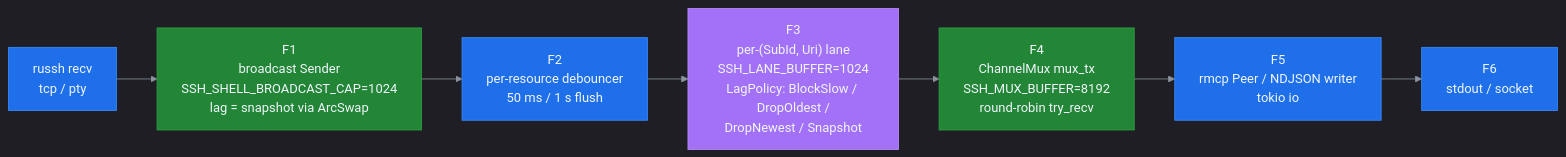
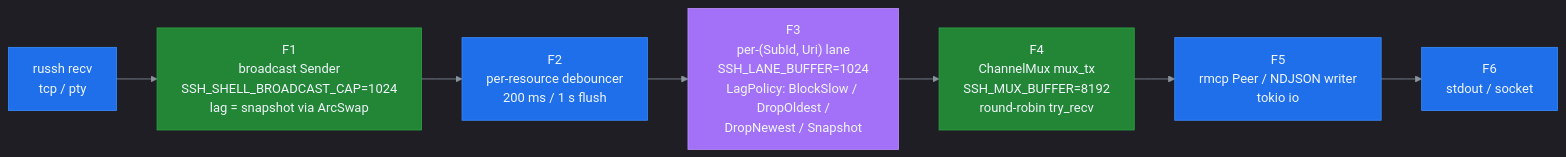
The third of 10 diagrams in docs/DEVELOPMENT.md (farchanjo/ssh-mcp), drawn with Mermaid before and after one commit. The commit also changed 12 other files, not shown here.

````diff
--- a/docs/DEVELOPMENT.md
+++ b/docs/DEVELOPMENT.md
@@ -460,26 +460,26 @@
 ```mermaid
 %%{init: {'theme':'dark','themeVariables':{'primaryColor':'#1f6feb','primaryTextColor':'#f0f6fc','primaryBorderColor':'#388bfd','lineColor':'#8b949e','secondaryColor':'#161b22','tertiaryColor':'#21262d','background':'#0d1117','mainBkg':'#161b22','secondBkg':'#21262d','tertiaryBkg':'#0d1117','nodeTextColor':'#f0f6fc','edgeLabelBackground':'#21262d','clusterBkg':'#161b22','clusterBorder':'#30363d','titleColor':'#f0f6fc'}}}%%
 flowchart LR
     F0["russh recv<br/>tcp / pty"]
     F1["F1<br/>broadcast Sender<br/>SSH_SHELL_BROADCAST_CAP=1024<br/>lag = snapshot via ArcSwap"]
-    F2["F2<br/>per-resource debouncer<br/>50 ms / 1 s flush"]
+    F2["F2<br/>per-resource debouncer<br/>200 ms / 1 s flush"]
     F3["F3<br/>per-(SubId, Uri) lane<br/>SSH_LANE_BUFFER=1024<br/>LagPolicy: BlockSlow / DropOldest /<br/>DropNewest / Snapshot"]
     F4["F4<br/>ChannelMux mux_tx<br/>SSH_MUX_BUFFER=8192<br/>round-robin try_recv"]
     F5["F5<br/>rmcp Peer / NDJSON writer<br/>tokio io"]
     F6["F6<br/>stdout / socket"]
 
     F0 --> F1
     F1 --> F2
     F2 --> F3
     F3 --> F4
     F4 --> F5
     F5 --> F6
 
     style F0 fill:#1f6feb,color:#f0f6fc,stroke:#388bfd
     style F1 fill:#238636,color:#f0f6fc,stroke:#2ea043
     style F2 fill:#1f6feb,color:#f0f6fc,stroke:#388bfd
     style F3 fill:#a371f7,color:#f0f6fc,stroke:#bc8cff
     style F4 fill:#238636,color:#f0f6fc,stroke:#2ea043
     style F5 fill:#1f6feb,color:#f0f6fc,stroke:#388bfd
     style F6 fill:#1f6feb,color:#f0f6fc,stroke:#388bfd
 ```
````
